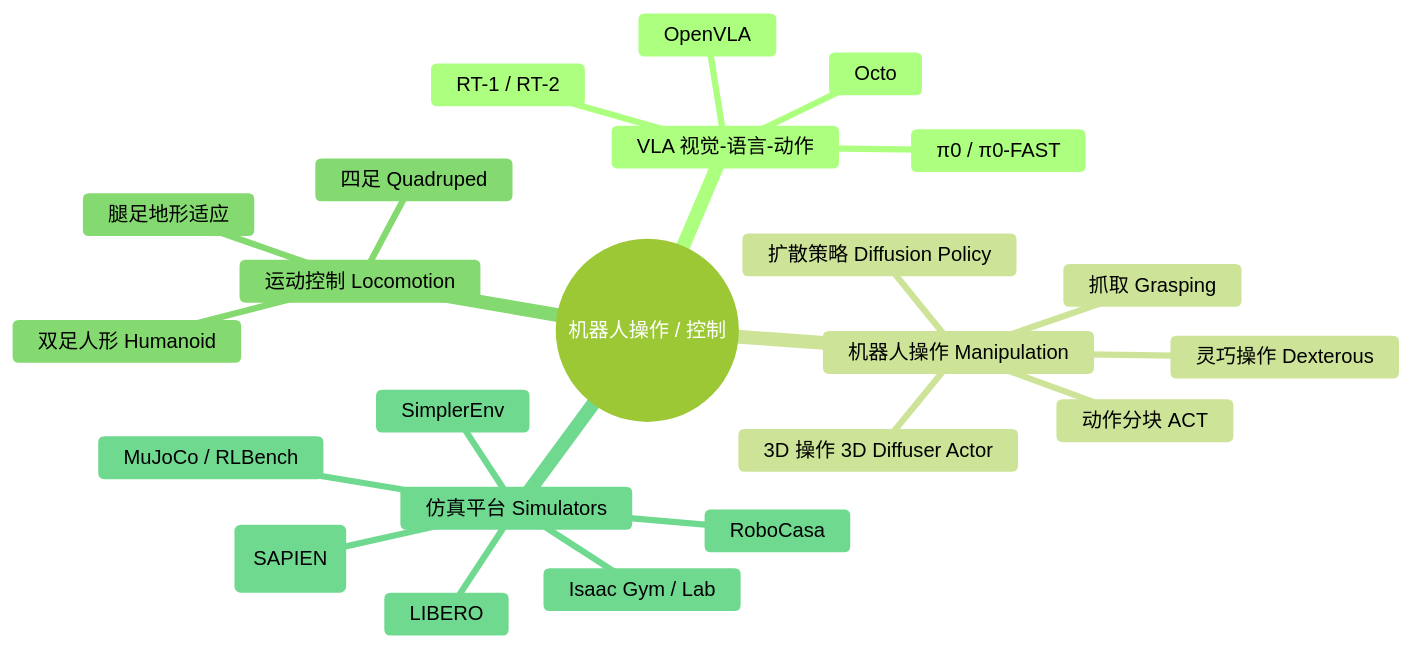
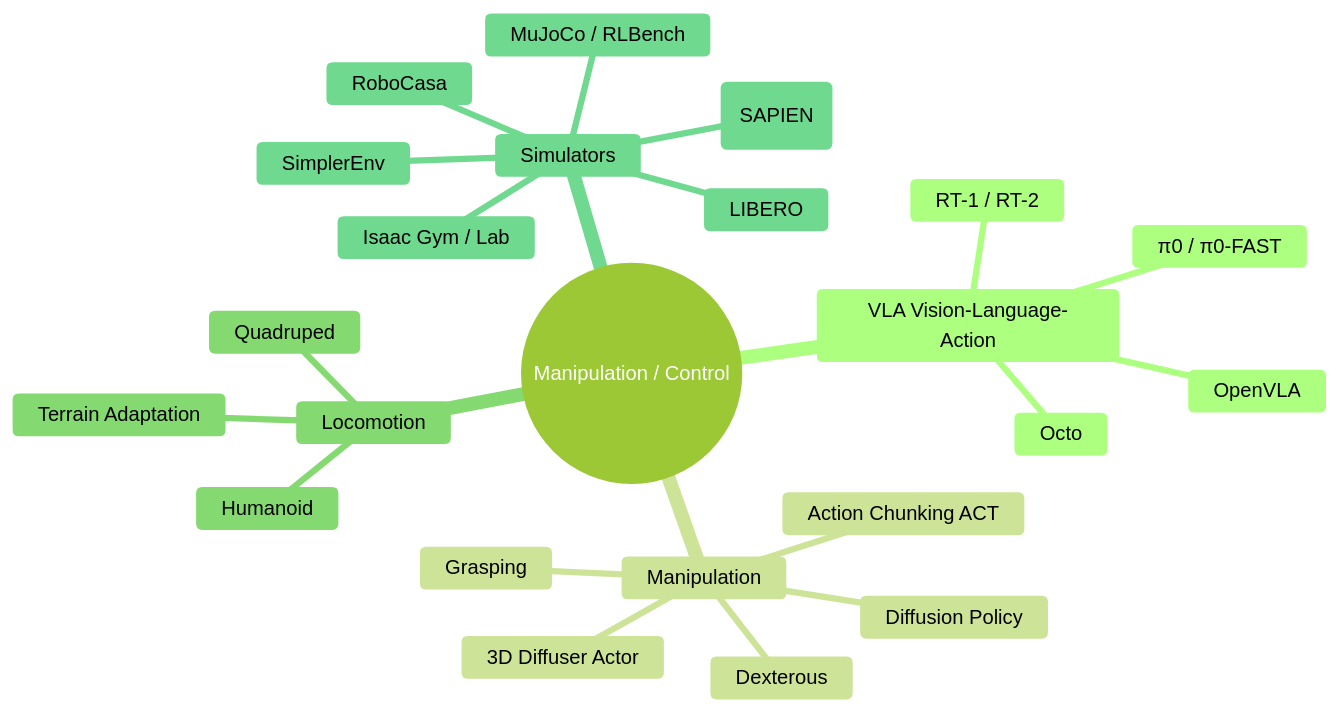
Before and after one commit to GrayLee1210/GrayLee1210: the fifth of 7 diagrams in README.md, drawn with Mermaid (forest theme). The commit also changed other lines of this file and 1 other file, not shown here.

````diff
--- a/README.md
+++ b/README.md
@@ -162,26 +175,26 @@
 ```mermaid
 mindmap
-  root((机器人操作 / 控制))
-    VLA 视觉-语言-动作
+  root((Manipulation / Control))
+    VLA Vision-Language-Action
       RT-1 / RT-2
       OpenVLA
       Octo
       π0 / π0-FAST
-    机器人操作 Manipulation
-      抓取 Grasping
-      灵巧操作 Dexterous
-      扩散策略 Diffusion Policy
-      动作分块 ACT
-      3D 操作 3D Diffuser Actor
-    运动控制 Locomotion
-      四足 Quadruped
-      双足人形 Humanoid
-      腿足地形适应
-    仿真平台 Simulators
+    Manipulation
+      Grasping
+      Dexterous
+      Diffusion Policy
+      Action Chunking ACT
+      3D Diffuser Actor
+    Locomotion
+      Quadruped
+      Humanoid
+      Terrain Adaptation
+    Simulators
       LIBERO
       SimplerEnv
       RoboCasa
       ManiSkill (SAPIEN)
       Isaac Gym / Lab
       MuJoCo / RLBench
 ```
````
